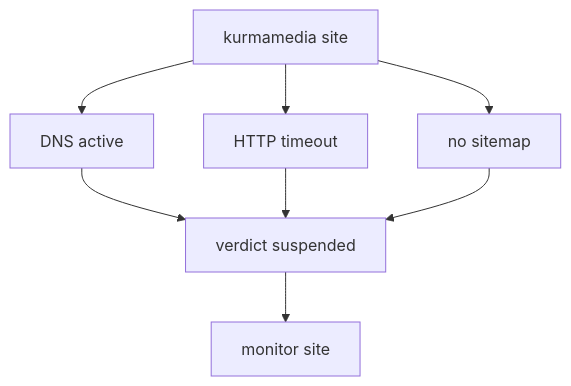
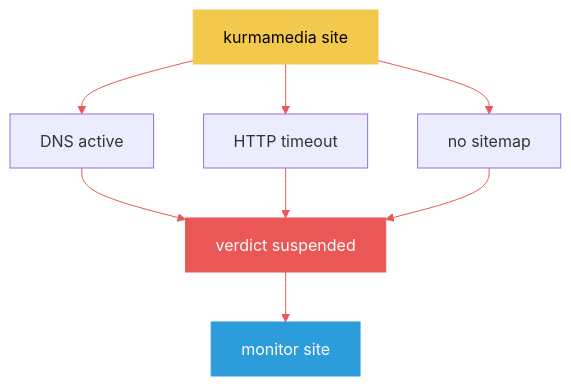
The third of 8 diagrams in Graphs/Security-IR-Diagrams.md (444Nazky/My-Vault), drawn with Mermaid before and after one commit. The commit also changed other lines of this file and 15 other files, not shown here.

````diff
--- a/Graphs/Security-IR-Diagrams.md
+++ b/Graphs/Security-IR-Diagrams.md
@@ -31,10 +41,14 @@
 ```mermaid
+%%{init: {'theme': 'default', 'themeVariables': { 'primaryColor': '#EB5757', 'lineColor': '#EB5757'}}}%%
 graph TD
  T["kurmamedia site"] --> DNS["DNS active"]
  T --> HTTP["HTTP timeout"]
  T --> MAP["no sitemap"]
  DNS --> V["verdict suspended"]
  HTTP --> V
  MAP --> V
  V --> N["monitor site"]
+ style T fill:#F2C94C,stroke:#F2C94C,color:#000
+ style V fill:#EB5757,stroke:#EB5757,color:#fff
+ style N fill:#2D9CDB,stroke:#2D9CDB,color:#fff
 ```
````
